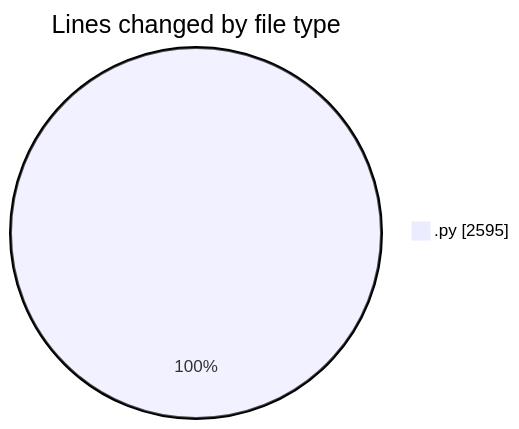
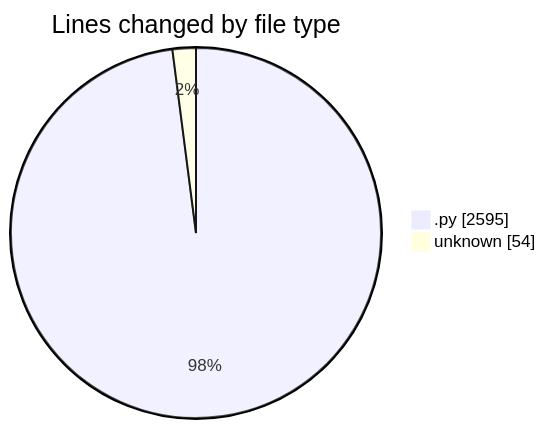
One commit to julien-gomy/code-tracking changed the first of 2 diagrams in 2025-11-21/eventscop-api-guide__workspace_/README.md. Above: the diagram before and after it, drawn with Mermaid. The commit also changed other lines of this file and 1 other file, not shown here.

````diff
--- a/2025-11-21/eventscop-api-guide__workspace_/README.md
+++ b/2025-11-21/eventscop-api-guide__workspace_/README.md
@@ -31,5 +32,6 @@
 ```mermaid
 pie showData
 title Lines changed by file type
 ".py" : 2595
+"unknown" : 54
 ```
````
